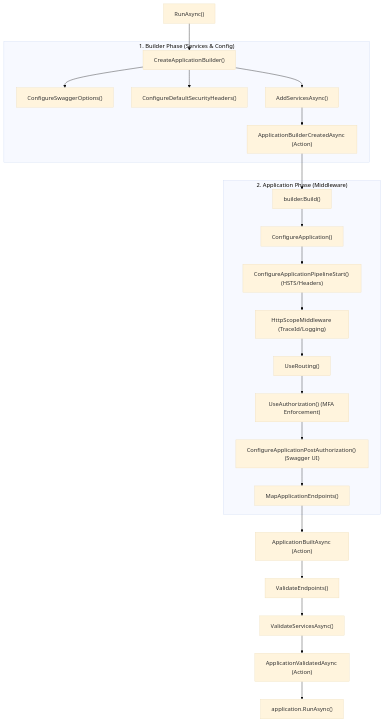
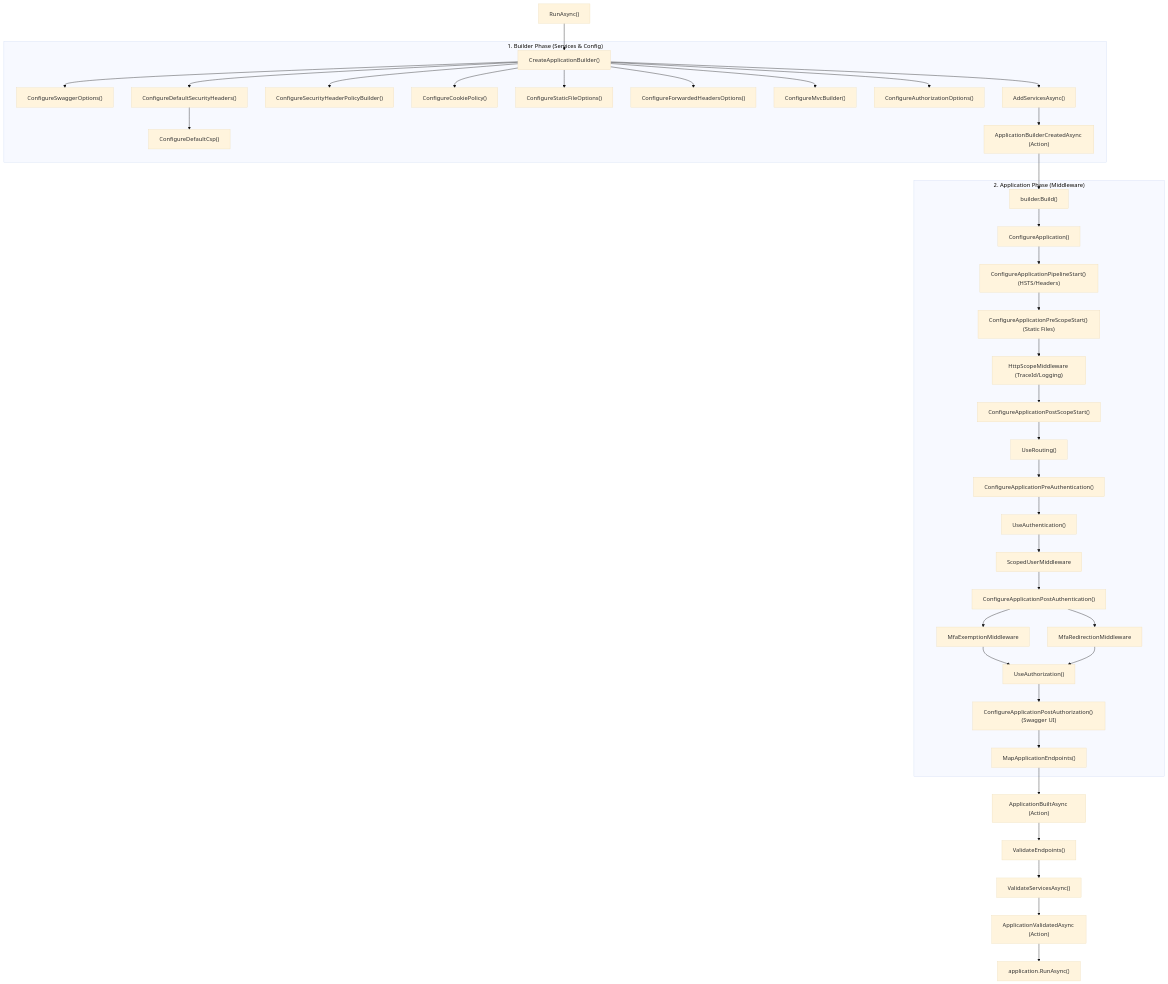
Before and after one commit to duranserkan/DRN-Project: the diagram in DRN.Framework.Hosting/README.md, drawn with Mermaid (base theme). The commit also changed other lines of this file and 2 other files, not shown here.

````diff
--- a/DRN.Framework.Hosting/README.md
+++ b/DRN.Framework.Hosting/README.md
@@ -105,29 +105,45 @@
 ```mermaid
 graph TD
     Start["RunAsync()"] --> CAB["CreateApplicationBuilder()"]
     
     subgraph "1. Builder Phase (Services & Config)"
     CAB --> CSO["ConfigureSwaggerOptions()"]
     CAB --> CDSH["ConfigureDefaultSecurityHeaders()"]
+    CDSH --> CDCSP["ConfigureDefaultCsp()"]
+    CAB --> CSHPB["ConfigureSecurityHeaderPolicyBuilder()"]
+    CAB --> CCP["ConfigureCookiePolicy()"]
+    CAB --> CSFO["ConfigureStaticFileOptions()"]
+    CAB --> CFHO["ConfigureForwardedHeadersOptions()"]
+    CAB --> CMVCB["ConfigureMvcBuilder()"]
+    CAB --> CAO["ConfigureAuthorizationOptions()"]
     CAB --> ASA["AddServicesAsync()"]
     ASA --> ABC["ApplicationBuilderCreatedAsync (Action)"]
     end
 
     ABC --> Build["builder.Build()"]
     
     subgraph "2. Application Phase (Middleware)"
     Build --> CA["ConfigureApplication()"]
     CA --> CAPS["ConfigureApplicationPipelineStart() (HSTS/Headers)"]
-    CAPS --> LOG["HttpScopeMiddleware (TraceId/Logging)"]
-    LOG --> UR["UseRouting()"]
-    UR --> UA["UseAuthorization() (MFA Enforcement)"]
-    UA --> CPSTA["ConfigureApplicationPostAuthorization() (Swagger UI)"]
-    CPSTA --> MAE["MapApplicationEndpoints()"]
+    CAPS --> CAPR["ConfigureApplicationPreScopeStart() (Static Files)"]
+    CAPR --> HSM["HttpScopeMiddleware (TraceId/Logging)"]
+    HSM --> CPSS["ConfigureApplicationPostScopeStart()"]
+    CPSS --> UR["UseRouting()"]
+    UR --> CAPREA["ConfigureApplicationPreAuthentication()"]
+    CAPREA --> AUTH["UseAuthentication()"]
+    AUTH --> SUM["ScopedUserMiddleware"]
+    SUM --> CAPOSTA["ConfigureApplicationPostAuthentication()"]
+    CAPOSTA --> MFAE["MfaExemptionMiddleware"]
+    CAPOSTA --> MFAR["MfaRedirectionMiddleware"]
+    MFAE --> UA["UseAuthorization()"]
+    MFAR --> UA
+    UA --> CPSTAZ["ConfigureApplicationPostAuthorization() (Swagger UI)"]
+    CPSTAZ --> MAE["MapApplicationEndpoints()"]
     end
 
     MAE --> ABA["ApplicationBuiltAsync (Action)"]
     ABA --> VE["ValidateEndpoints()"]
     VE --> VSA["ValidateServicesAsync()"]
     VSA --> AVA["ApplicationValidatedAsync (Action)"]
     AVA --> Run["application.RunAsync()"]
 ```
````
